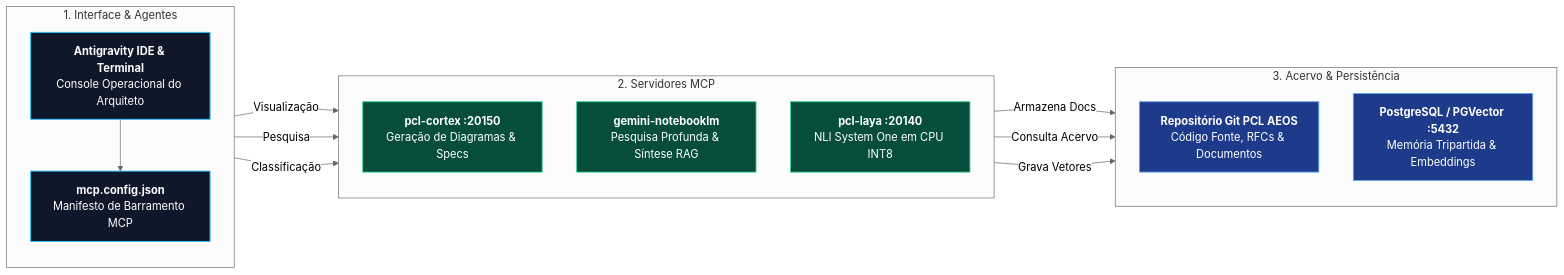
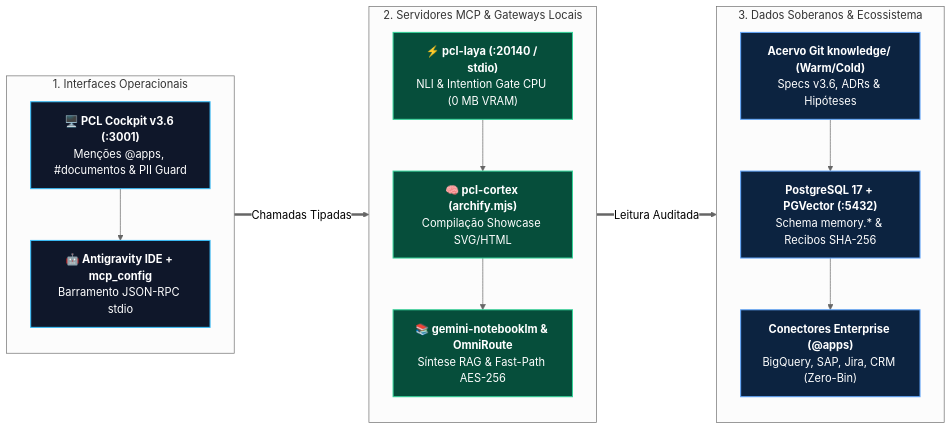
One commit to EnterDufter/PromptCoreLabs_AEOS changed the diagram in projects/Living Architecture PCL AEOS/docs/integrations-mcp/README.md. Above: the diagram before and after it, drawn with Mermaid (neutral theme). The commit also changed other lines of this file and 34 other files, not shown here.

First line of the commit message:
docs(aeos-v3.6): upgrade complete repository & Living Architecture portal with pure UTF-8, Dual-Track narrative & Cortex v7 diagrams

````diff
--- a/projects/Living Architecture PCL AEOS/docs/integrations-mcp/README.md
+++ b/projects/Living Architecture PCL AEOS/docs/integrations-mcp/README.md
@@ -21,34 +22,31 @@
 ```mermaid
 flowchart LR
     classDef ide fill:#0f172a,stroke:#38bdf8,stroke-width:1.5px,color:#ffffff;
-    classDef srv fill:#064e3b,stroke:#34d399,stroke-width:1.2px,color:#ffffff;
-    classDef db fill:#1e3a8a,stroke:#60a5fa,stroke-width:1.2px,color:#ffffff;
+    classDef srv fill:#064e3b,stroke:#34d399,stroke-width:1.5px,color:#ffffff;
+    classDef db fill:#0c2340,stroke:#60a5fa,stroke-width:1.5px,color:#ffffff;
 
-    subgraph Cliente ["1. Interface & Agentes"]
+    subgraph Clientes ["1. Interfaces Operacionais"]
         direction TB
-        IDE["<b>Antigravity IDE & Terminal</b><br/>Console Operacional do Arquiteto"]:::ide
-        Config["<b>mcp.config.json</b><br/>Manifesto de Barramento MCP"]:::ide
-        IDE --> Config
+        Cockpit["<b>🖥️ PCL Cockpit v3.6 (:3001)</b><br/>Menções @apps, #documentos & PII Guard"]:::ide
+        IDE["<b>🤖 Antigravity IDE + mcp_config</b><br/>Barramento JSON-RPC stdio"]:::ide
+        Cockpit --> IDE
     end
 
-    subgraph Servidores ["2. Servidores MCP"]
+    subgraph Barramento ["2. Servidores MCP & Gateways Locais"]
         direction TB
-        MCP_Cortex["<b>pcl-cortex :20150</b><br/>Geração de Diagramas & Specs"]:::srv
-        MCP_Ntb["<b>gemini-notebooklm</b><br/>Pesquisa Profunda & Síntese RAG"]:::srv
-        MCP_Laya["<b>pcl-laya :20140</b><br/>NLI System One em CPU INT8"]:::srv
+        MCP_Laya["<b>⚡ pcl-laya (:20140 / stdio)</b><br/>NLI & Intention Gate CPU (0 MB VRAM)"]:::srv
+        MCP_Cortex["<b>🧠 pcl-cortex (archify.mjs)</b><br/>Compilação Showcase SVG/HTML"]:::srv
+        MCP_Ntb["<b>📚 gemini-notebooklm & OmniRoute</b><br/>Síntese RAG & Fast-Path AES-256"]:::srv
+        MCP_Laya --> MCP_Cortex --> MCP_Ntb
     end
 
-    subgraph Dados ["3. Acervo & Persistência"]
+    subgraph Fontes ["3. Dados Soberanos & Ecossistema"]
         direction TB
-        Repo["<b>Repositório Git PCL AEOS</b><br/>Código Fonte, RFCs & Documentos"]:::db
-        PG["<b>PostgreSQL / PGVector :5432</b><br/>Memória Tripartida & Embeddings"]:::db
+        Repo["<b>Acervo Git knowledge/ (Warm/Cold)</b><br/>Specs v3.6, ADRs & Hipóteses"]:::db
+        PG["<b>PostgreSQL 17 + PGVector (:5432)</b><br/>Schema memory.* & Recibos SHA-256"]:::db
+        Apps["<b>Conectores Enterprise (@apps)</b><br/>BigQuery, SAP, Jira, CRM (Zero-Bin)"]:::db
+        Repo --> PG --> Apps
     end
 
-    Config -->|"Visualização"| MCP_Cortex
-    Config -->|"Pesquisa"| MCP_Ntb
-    Config -->|"Classificação"| MCP_Laya
-
-    MCP_Cortex -->|"Armazena Docs"| Repo
-    MCP_Ntb -->|"Consulta Acervo"| Repo
-    MCP_Laya -->|"Grava Vetores"| PG
+    Clientes ==>|"Chamadas Tipadas"| Barramento ==>|"Leitura Auditada"| Fontes
 ```
````
